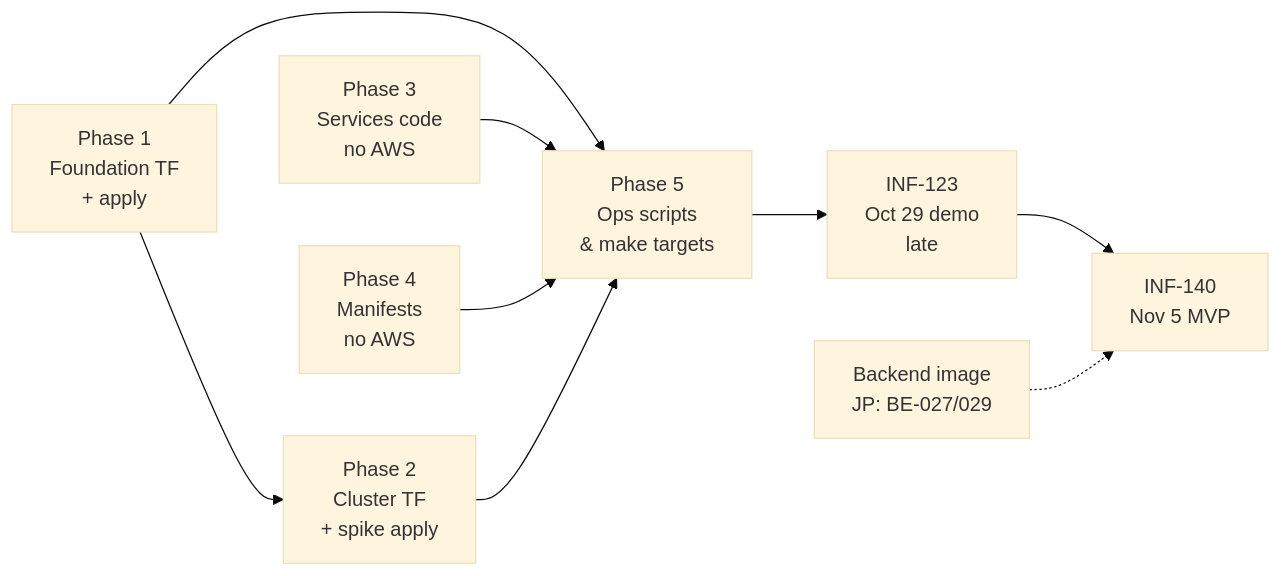
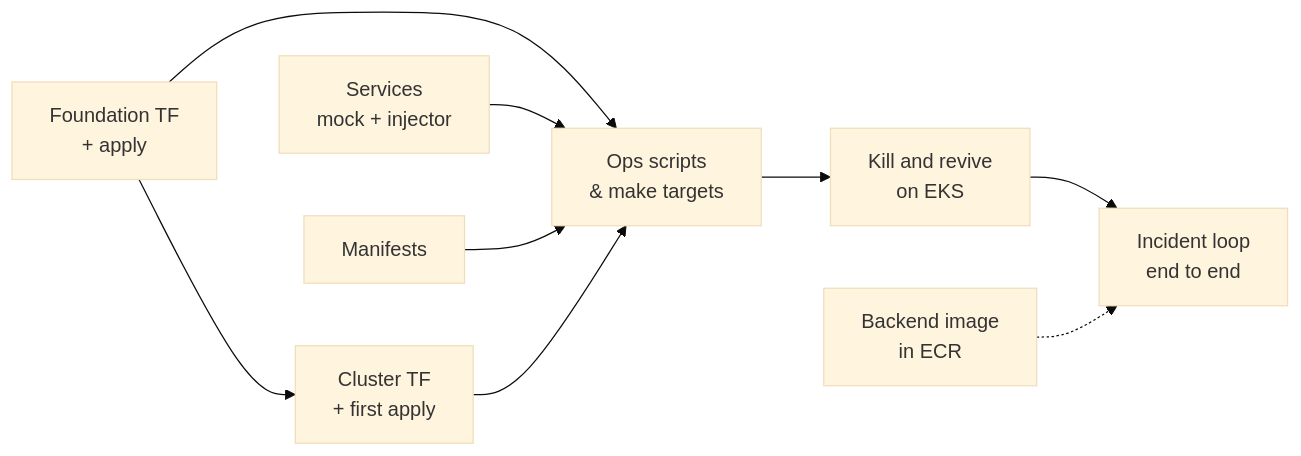
The diagram in docs/planning/infra-plan.md (Pardosito/oncall-training-infra), drawn with Mermaid (base theme) before and after one commit. The commit also changed other lines of this file and 15 other files, not shown here.

````diff
--- a/docs/planning/infra-plan.md
+++ b/docs/planning/infra-plan.md
@@ -19,11 +11,11 @@
 ```mermaid
 flowchart LR
-    F[Phase 1<br/>Foundation TF<br/>+ apply] --> C[Phase 2<br/>Cluster TF<br/>+ spike apply]
-    F --> O[Phase 5<br/>Ops scripts<br/>& make targets]
-    S[Phase 3<br/>Services code<br/>no AWS] --> O
-    K[Phase 4<br/>Manifests<br/>no AWS] --> O
+    F[Foundation TF<br/>+ apply] --> C[Cluster TF<br/>+ first apply]
+    F --> O[Ops scripts<br/>& make targets]
+    S[Services<br/>mock + injector] --> O
+    K[Manifests] --> O
     C --> O
-    O --> D1[INF-123<br/>Oct 29 demo<br/>late]
-    D1 --> D2[INF-140<br/>Nov 5 MVP]
-    BE[Backend image<br/>JP: BE-027/029] -.-> D2
+    O --> D1[Kill and revive<br/>on EKS]
+    D1 --> D2[Incident loop<br/>end to end]
+    BE[Backend image<br/>in ECR] -.-> D2
 ```
````
